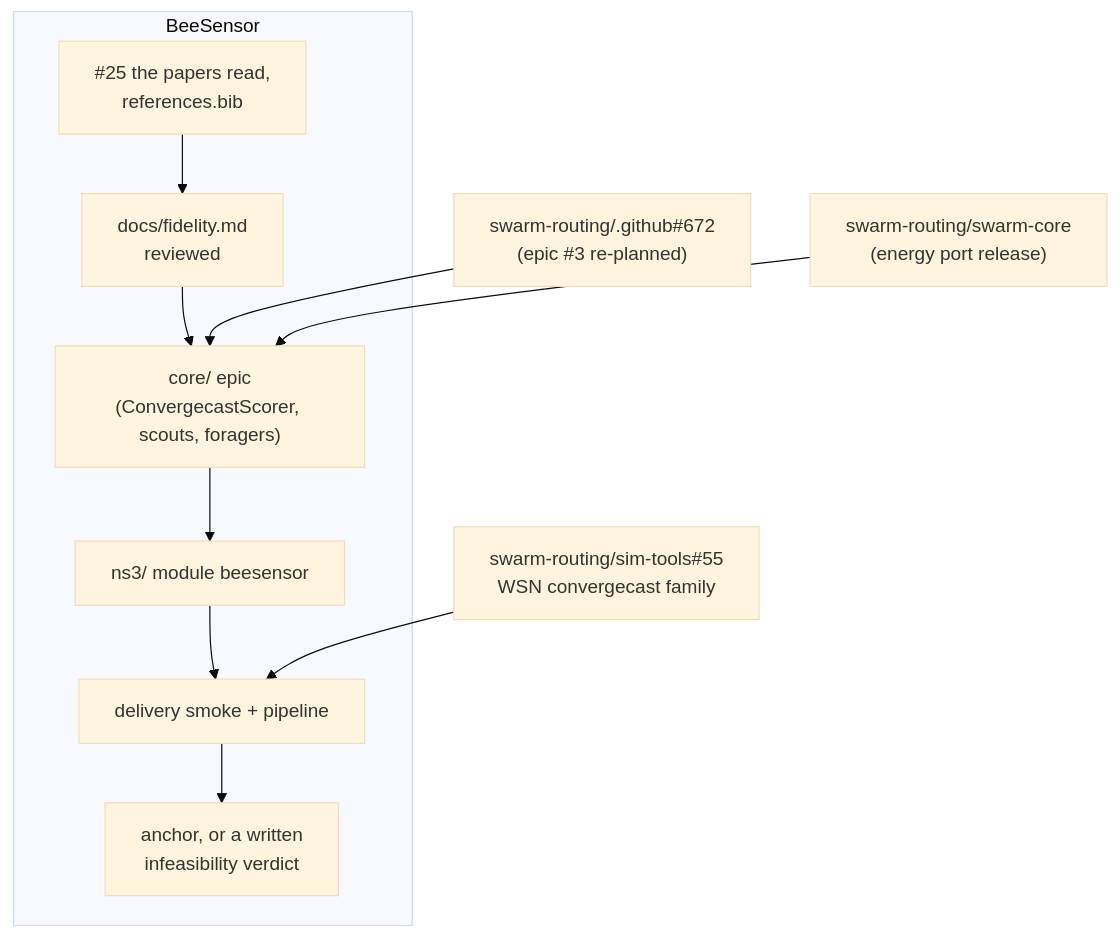
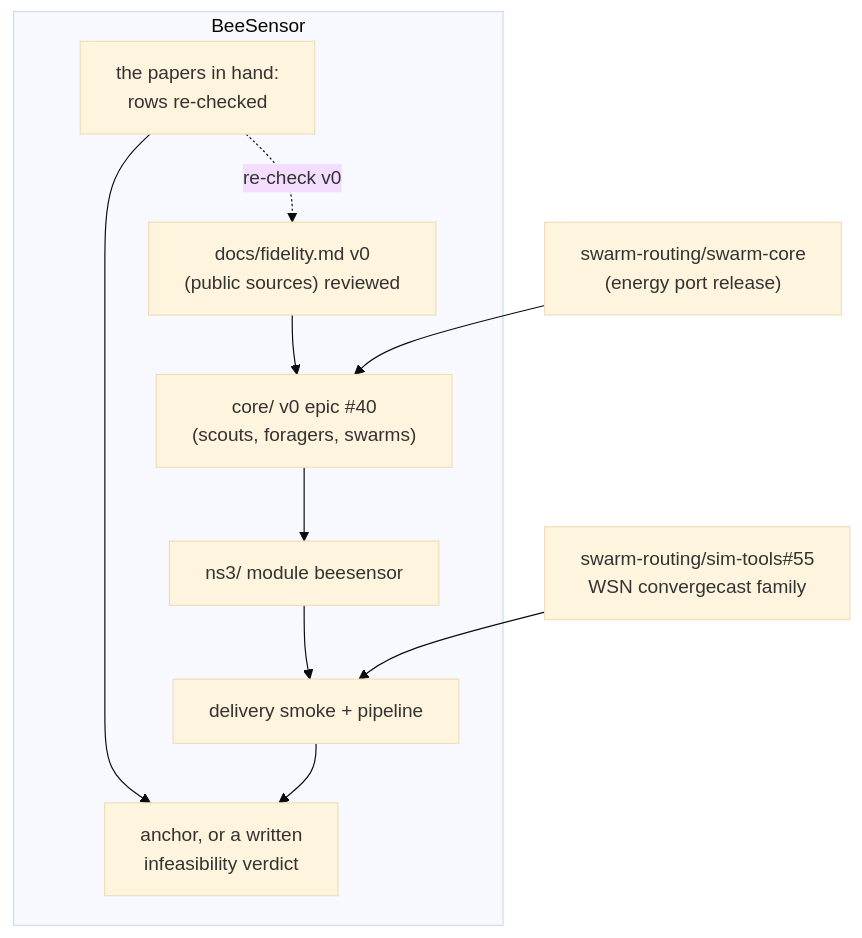
Before and after one commit to swarm-routing/BeeSensor: the second of 2 diagrams in docs/roadmap.md, drawn with Mermaid (base theme). The commit also changed other lines of this file and 6 other files, not shown here.

First line of the commit message:
docs(fidelity): a v0 sheet from public secondary sources (#46)

````diff
--- a/docs/roadmap.md
+++ b/docs/roadmap.md
@@ -53,19 +60,19 @@
 ```mermaid
 flowchart TB
     subgraph BS["BeeSensor"]
-        LIT["#25 the papers read,<br/>references.bib"]
-        FID["docs/fidelity.md<br/>reviewed"]
-        CORE["core/ epic<br/>(ConvergecastScorer, scouts, foragers)"]
+        FID["docs/fidelity.md v0<br/>(public sources) reviewed"]
+        CORE["core/ v0 epic #40<br/>(scouts, foragers, swarms)"]
         NS3["ns3/ module beesensor"]
         SMOKE["delivery smoke + pipeline"]
+        LIT["the papers in hand:<br/>rows re-checked"]
         ANCHOR["anchor, or a written<br/>infeasibility verdict"]
     end
     SC["swarm-routing/swarm-core<br/>(energy port release)"]
     FAM["swarm-routing/sim-tools#55<br/>WSN convergecast family"]
-    PLAN["swarm-routing/.github#672<br/>(epic #3 re-planned)"]
 
-    LIT --> FID --> CORE
-    PLAN --> CORE
+    FID --> CORE
     SC --> CORE --> NS3 --> SMOKE --> ANCHOR
     FAM --> SMOKE
+    LIT --> ANCHOR
+    LIT -.->|"re-check v0"| FID
 ```
````
